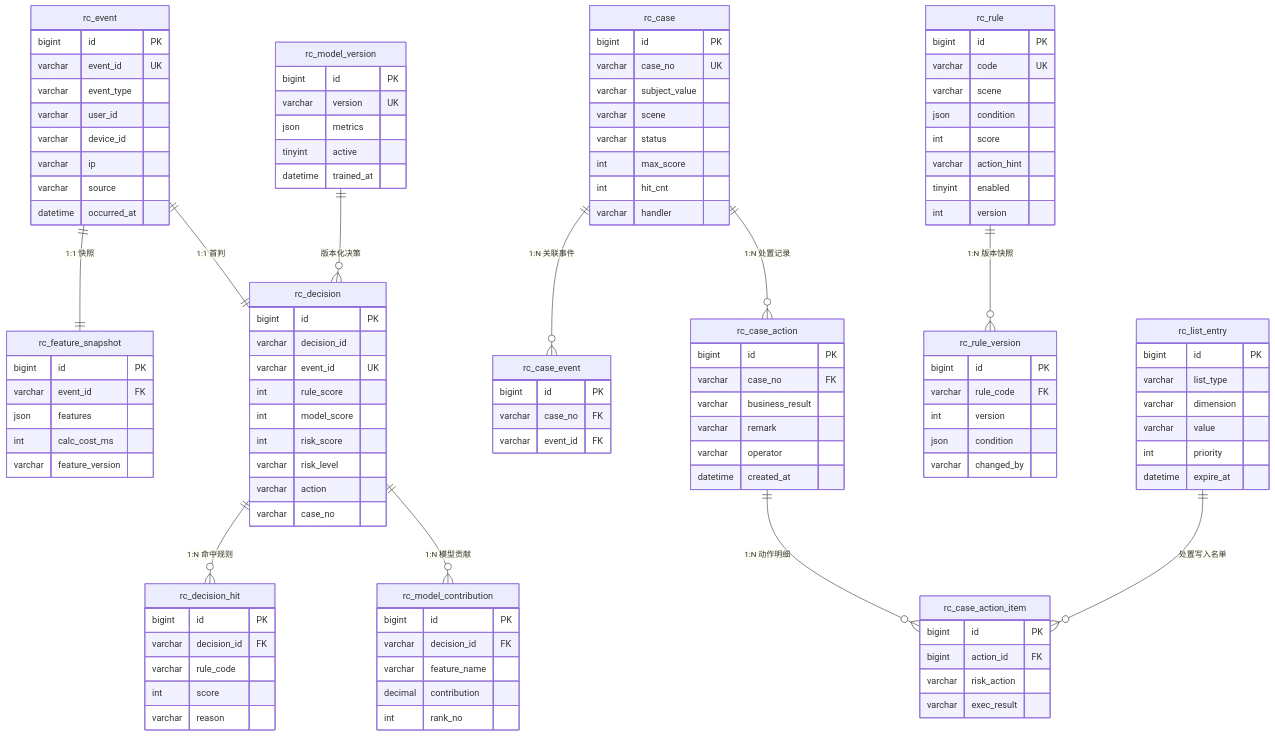
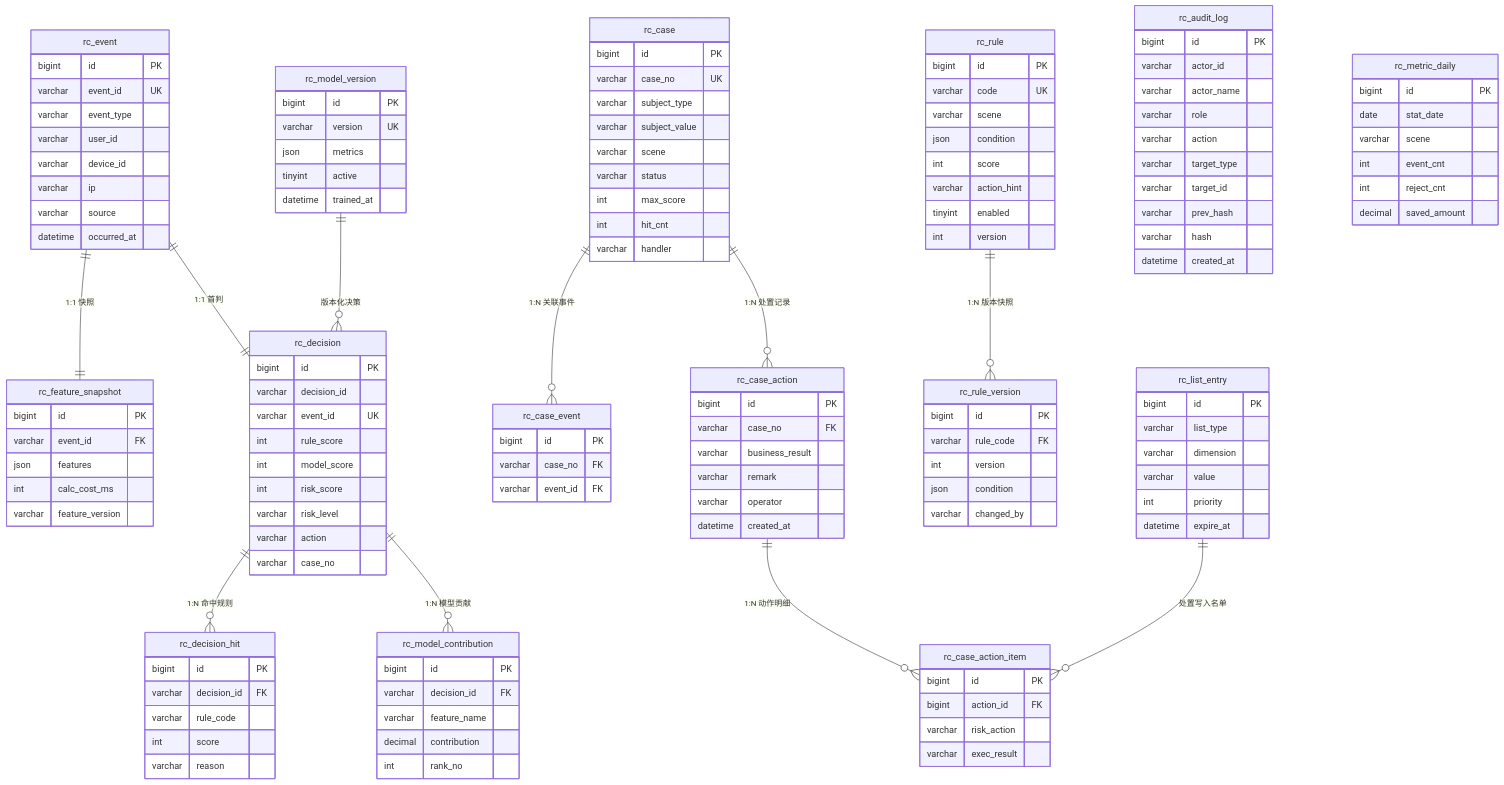
One commit to of53052/commerce-risk-control-system changed the ninth of 13 diagrams in docs/ARCHITECTURE.md. Above: the diagram before and after it, drawn with Mermaid. The commit also changed other lines of this file and 1 other file, not shown here.

Commit message:
docs: PRD 与架构文档对齐（Redis 键结构/名单缓存/rank_no/审计字段名/ER 补审计与聚合表/融合模式/脚本清单）

```diff
--- a/docs/ARCHITECTURE.md
+++ b/docs/ARCHITECTURE.md
@@ -472,6 +472,7 @@
   rc_case {
     bigint id PK
     varchar case_no UK
+    varchar subject_type
     varchar subject_value
     varchar scene
     varchar status
@@ -524,6 +525,27 @@
     datetime expire_at
   }
 
+  rc_audit_log {
+    bigint id PK
+    varchar actor_id
+    varchar actor_name
+    varchar role
+    varchar action
+    varchar target_type
+    varchar target_id
+    varchar prev_hash
+    varchar hash
+    datetime created_at
+  }
+  rc_metric_daily {
+    bigint id PK
+    date stat_date
+    varchar scene
+    int event_cnt
+    int reject_cnt
+    decimal saved_amount
+  }
+
   rc_event ||--|| rc_feature_snapshot : "1:1 快照"
   rc_event ||--|| rc_decision : "1:1 首判"
   rc_decision ||--o{ rc_decision_hit : "1:N 命中规则"
```
